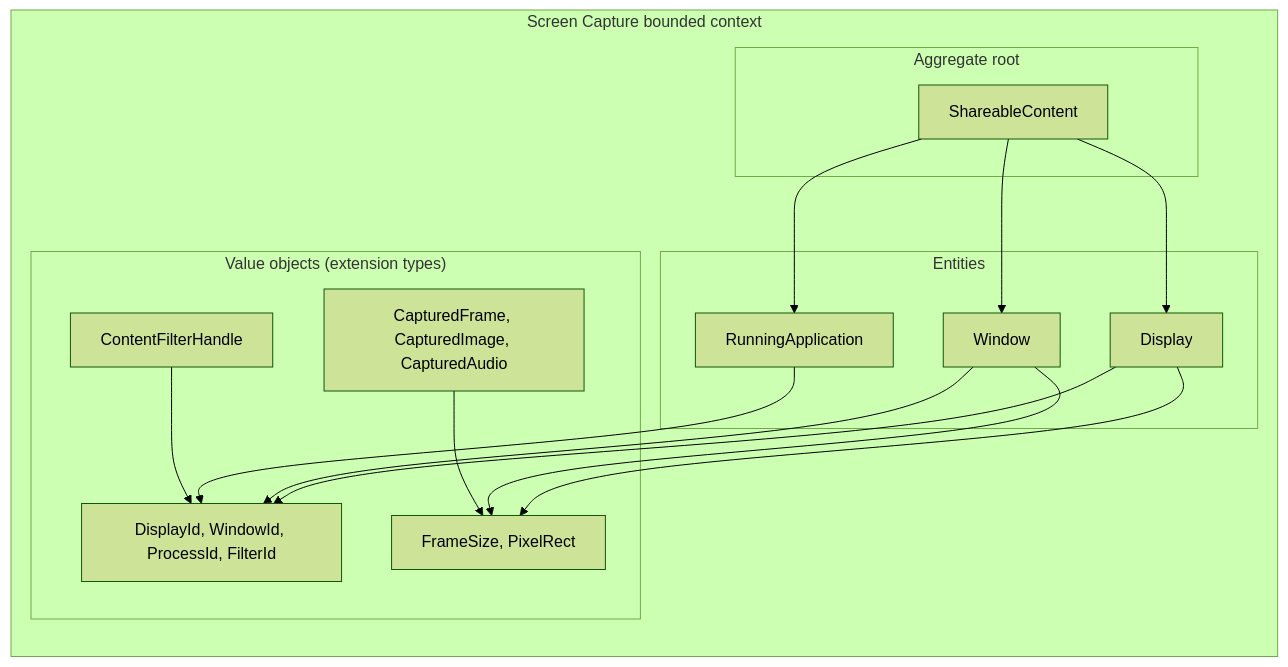
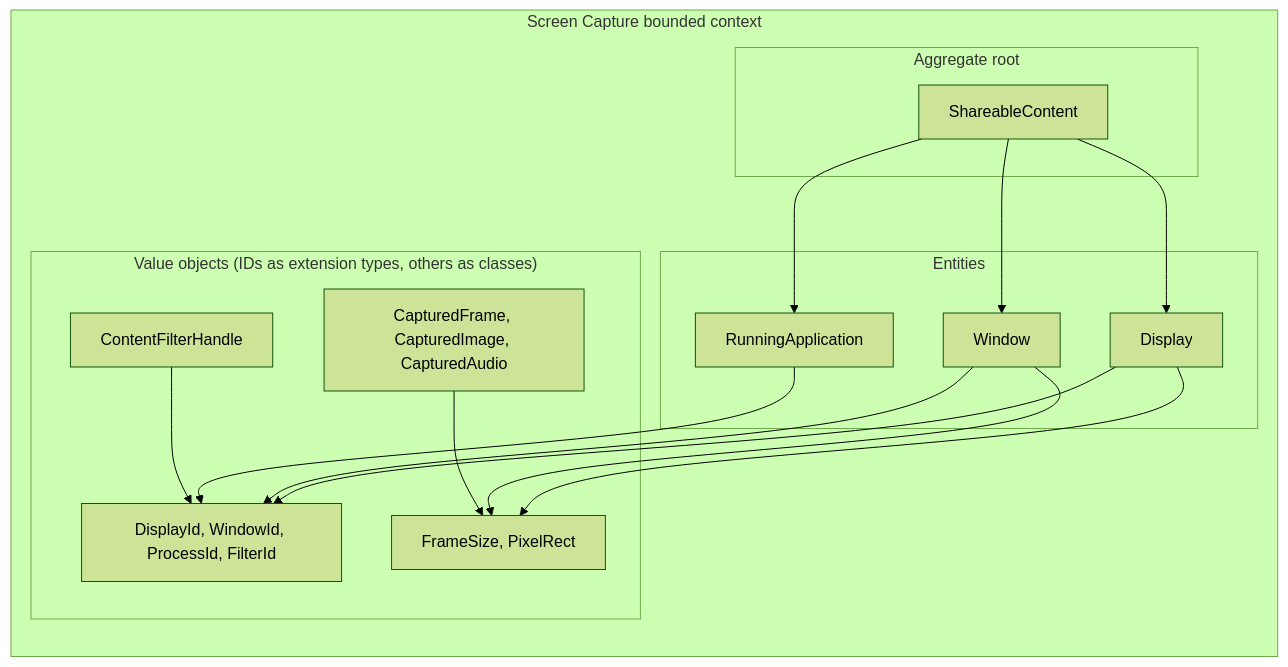
The fourth of 4 diagrams in .cursor/rules/architecture-ddd-layered.mdc (blendfactory/screen-capture-kit), drawn with Mermaid (forest theme) before and after one commit. The commit also changed other lines of this file and 3 other files, not shown here.

````diff
--- a/.cursor/rules/architecture-ddd-layered.mdc
+++ b/.cursor/rules/architecture-ddd-layered.mdc
@@ -168,29 +168,29 @@
 ```mermaid
 flowchart LR
   subgraph BoundedContext["Screen Capture bounded context"]
     subgraph Aggregate["Aggregate root"]
       SC["ShareableContent"]
     end
     subgraph Entities["Entities"]
       D["Display"]
       W["Window"]
       RA["RunningApplication"]
     end
-    subgraph VOs["Value objects (extension types)"]
+    subgraph VOs["Value objects (IDs as extension types, others as classes)"]
       ID["DisplayId, WindowId, ProcessId, FilterId"]
       GEO["FrameSize, PixelRect"]
       CAP["CapturedFrame, CapturedImage, CapturedAudio"]
       FH["ContentFilterHandle"]
     end
   end
   SC --> D
   SC --> W
   SC --> RA
   D --> ID
   D --> GEO
   W --> ID
   W --> GEO
   RA --> ID
   CAP --> GEO
   FH --> ID
 ```
````
